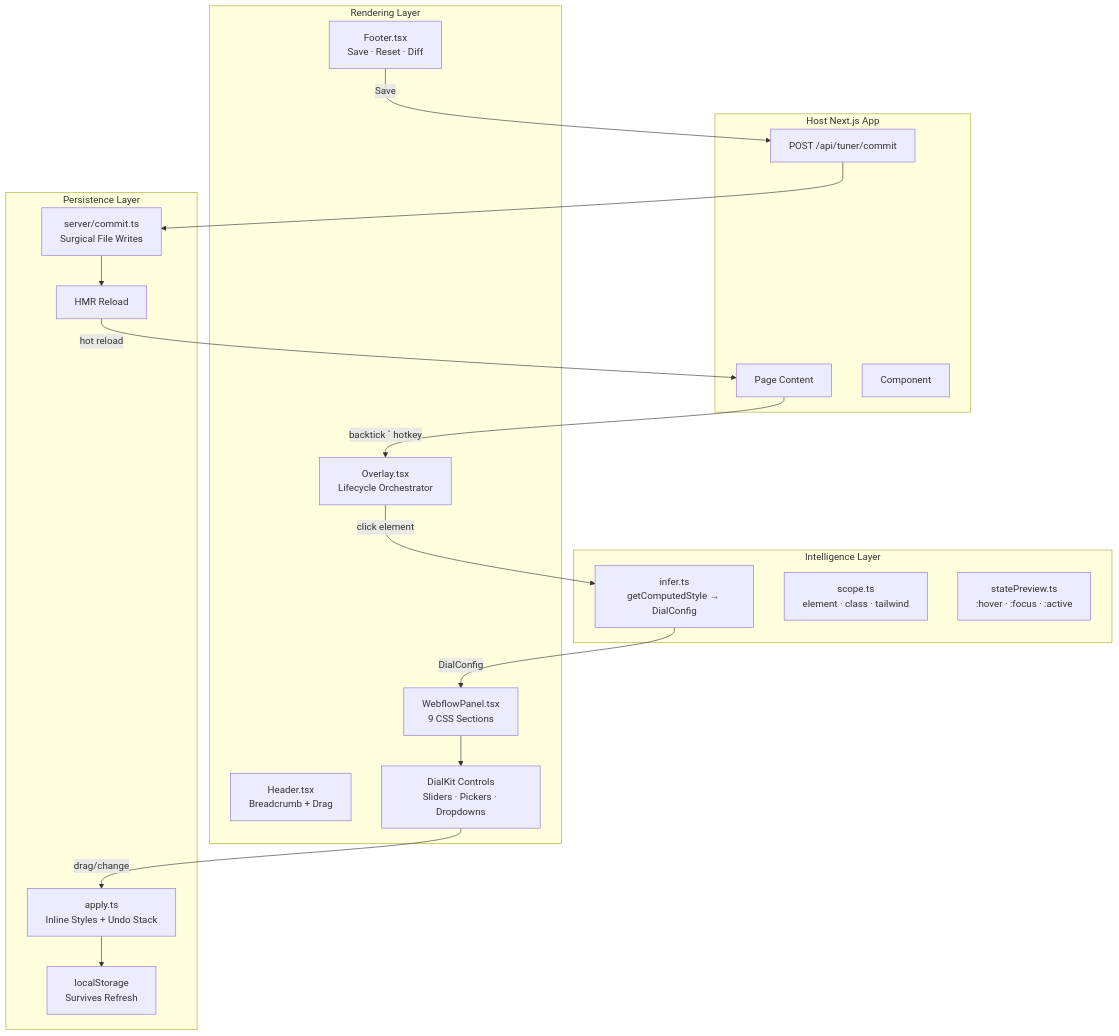
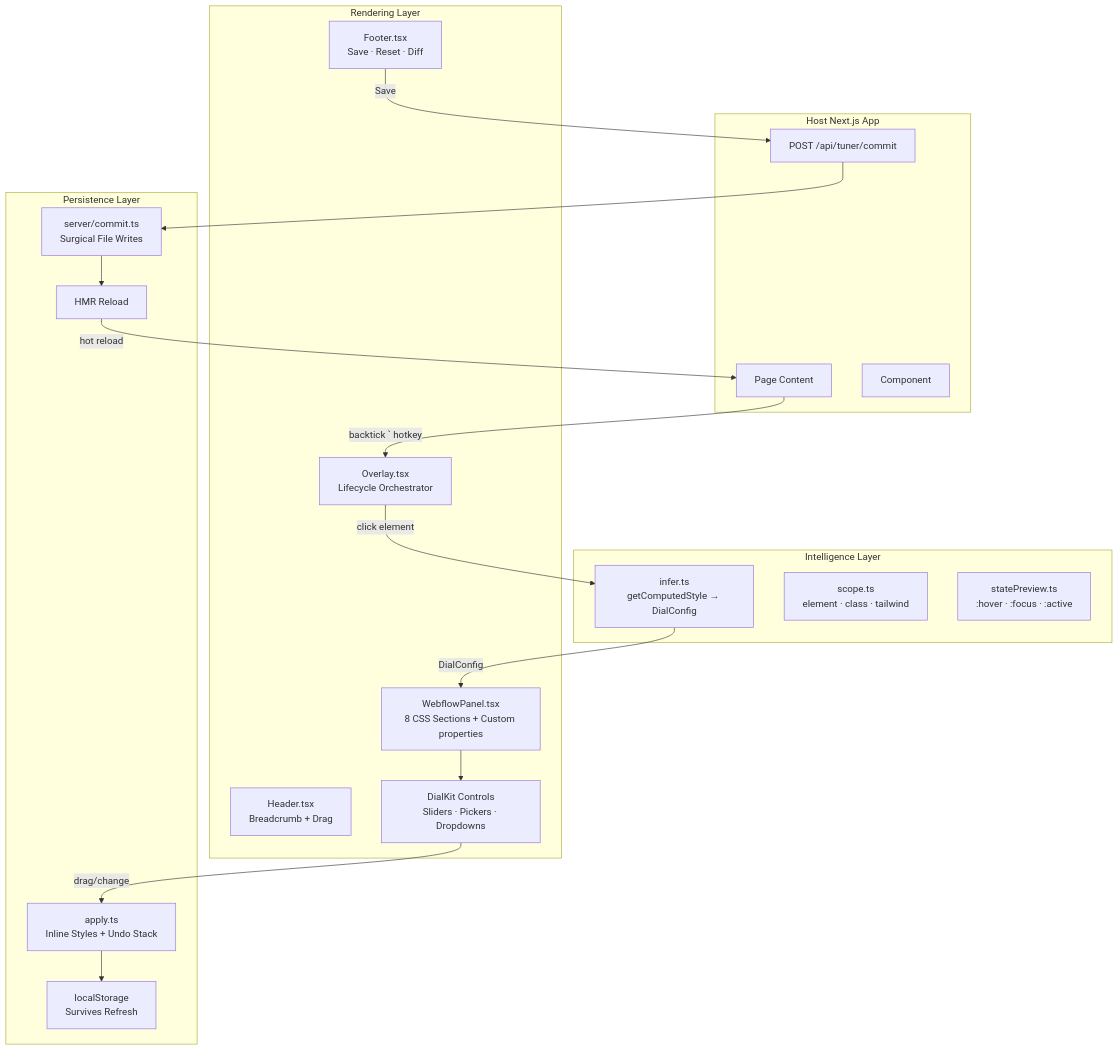
Before and after one commit to SkylarKitchen/redial: the first of 10 diagrams in ARCHITECTURE.md, drawn with Mermaid. The commit also changed other lines of this file and 193 other files, not shown here.

````diff
--- a/ARCHITECTURE.md
+++ b/ARCHITECTURE.md
@@ -26,40 +26,40 @@
 ```mermaid
 graph TB
     subgraph Host["Host Next.js App"]
         Page["Page Content"]
         Tuner["<Tuner /> Component"]
         API["POST /api/tuner/commit"]
     end
 
     subgraph Intelligence["Intelligence Layer"]
         Infer["infer.ts<br/>getComputedStyle → DialConfig"]
         Scope["scope.ts<br/>element · class · tailwind"]
         State["statePreview.ts<br/>:hover · :focus · :active"]
     end
 
     subgraph Rendering["Rendering Layer"]
         Overlay["Overlay.tsx<br/>Lifecycle Orchestrator"]
-        Panel["WebflowPanel.tsx<br/>9 CSS Sections"]
+        Panel["WebflowPanel.tsx<br/>8 CSS Sections + Custom properties"]
         Header["Header.tsx<br/>Breadcrumb + Drag"]
         Footer["Footer.tsx<br/>Save · Reset · Diff"]
         Controls["DialKit Controls<br/>Sliders · Pickers · Dropdowns"]
     end
 
     subgraph Persistence["Persistence Layer"]
         Apply["apply.ts<br/>Inline Styles + Undo Stack"]
         LS["localStorage<br/>Survives Refresh"]
         Commit["server/commit.ts<br/>Surgical File Writes"]
         HMR["HMR Reload"]
     end
 
     Page -->|"backtick ` hotkey"| Overlay
     Overlay -->|"click element"| Infer
     Infer -->|"DialConfig"| Panel
     Panel --> Controls
     Controls -->|"drag/change"| Apply
     Apply --> LS
     Footer -->|"Save"| API
     API --> Commit
     Commit --> HMR
     HMR -->|"hot reload"| Page
 ```
````
